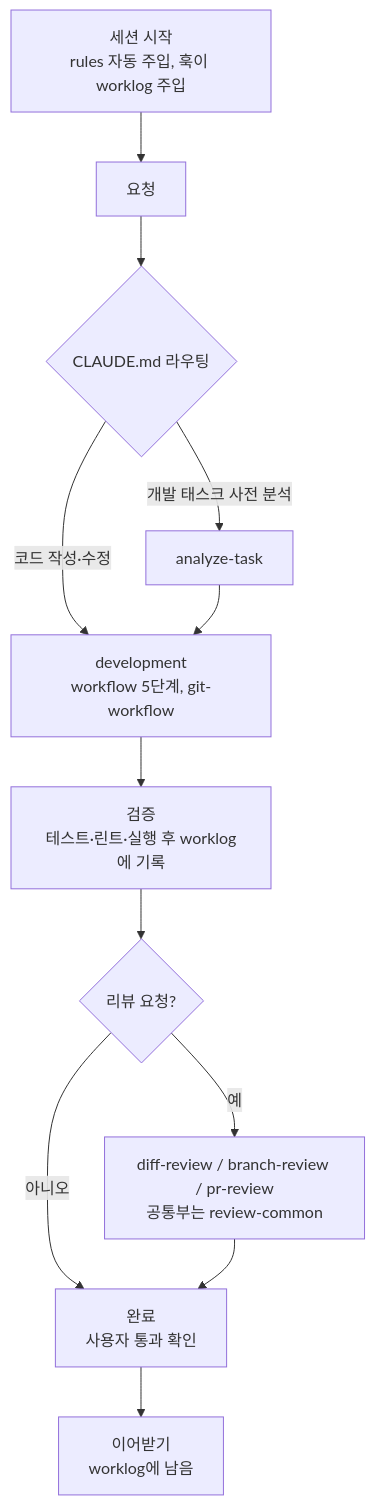
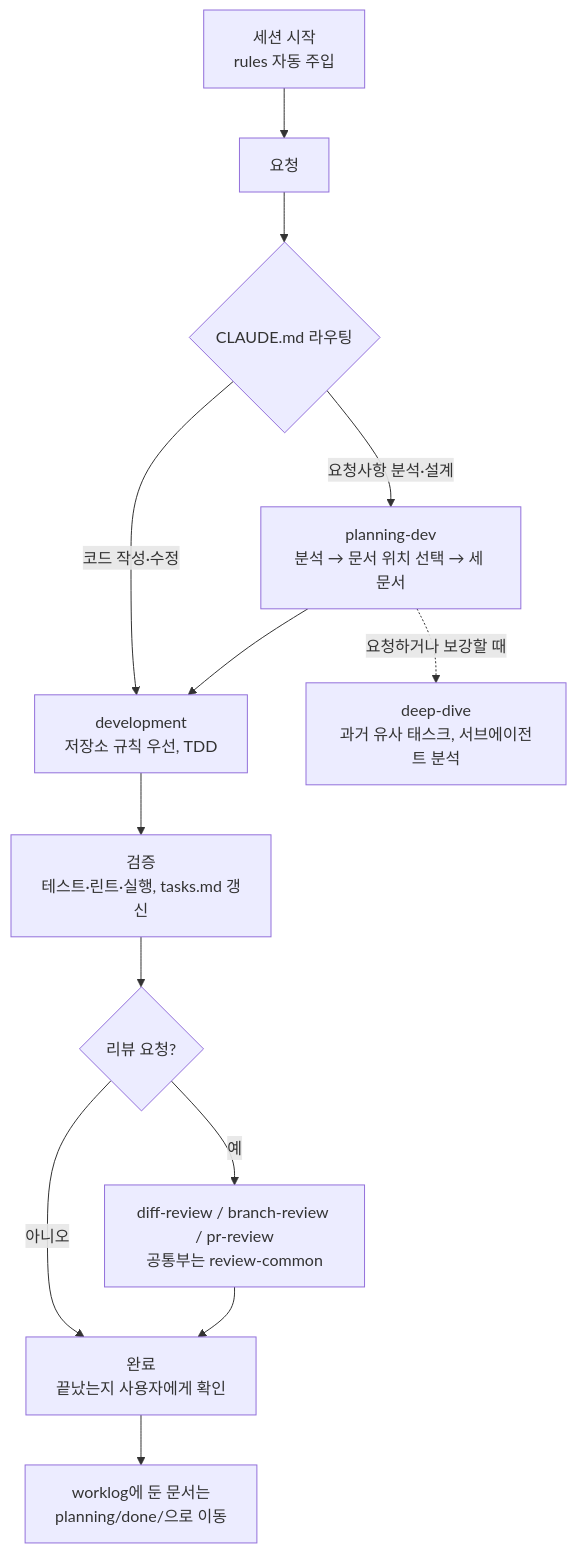
The first of 2 diagrams in README.md (1Dohyeon/claude-sync), drawn with Mermaid before and after one commit. The commit also changed other lines of this file and 2 other files, not shown here.

````diff
--- a/README.md
+++ b/README.md
@@ -79,14 +79,15 @@
 ```mermaid
 flowchart TD
-    A["세션 시작<br/>rules 자동 주입, 훅이 worklog 주입"] --> B["요청"]
+    A["세션 시작<br/>rules 자동 주입"] --> B["요청"]
     B --> C{"CLAUDE.md 라우팅"}
-    C -->|"개발 태스크 사전 분석"| D["analyze-task"]
-    C -->|"코드 작성·수정"| E["development<br/>workflow 5단계, git-workflow"]
+    C -->|"요청사항 분석·설계"| D["planning-dev<br/>분석 → 문서 위치 선택 → 세 문서"]
+    C -->|"코드 작성·수정"| E["development<br/>저장소 규칙 우선, TDD"]
+    D -.->|"요청하거나 보강할 때"| DD["deep-dive<br/>과거 유사 태스크, 서브에이전트 분석"]
     D --> E
-    E --> F["검증<br/>테스트·린트·실행 후 worklog에 기록"]
+    E --> F["검증<br/>테스트·린트·실행, tasks.md 갱신"]
     F --> G{"리뷰 요청?"}
     G -->|"예"| H["diff-review / branch-review / pr-review<br/>공통부는 review-common"]
-    G -->|"아니오"| I["완료<br/>사용자 통과 확인"]
+    G -->|"아니오"| I["완료<br/>끝났는지 사용자에게 확인"]
     H --> I
-    I --> J["이어받기<br/>worklog에 남음"]
+    I --> J["worklog에 둔 문서는<br/>planning/done/으로 이동"]
 ```
````
